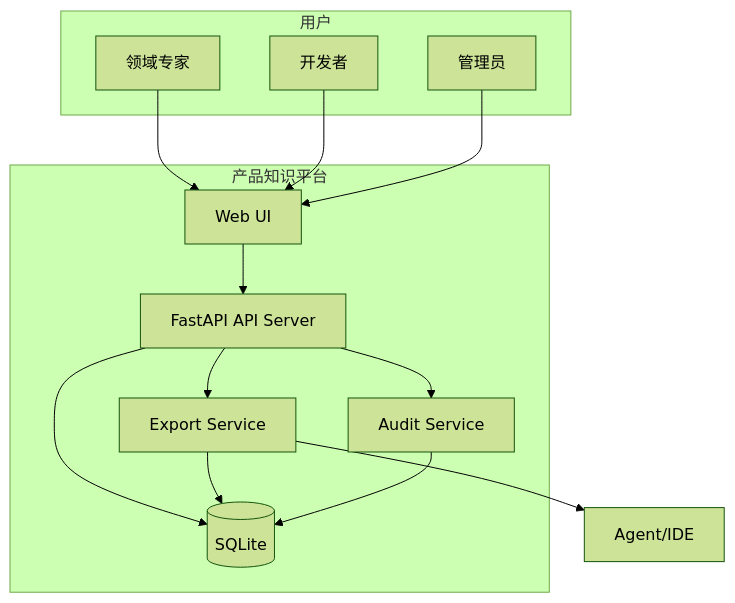
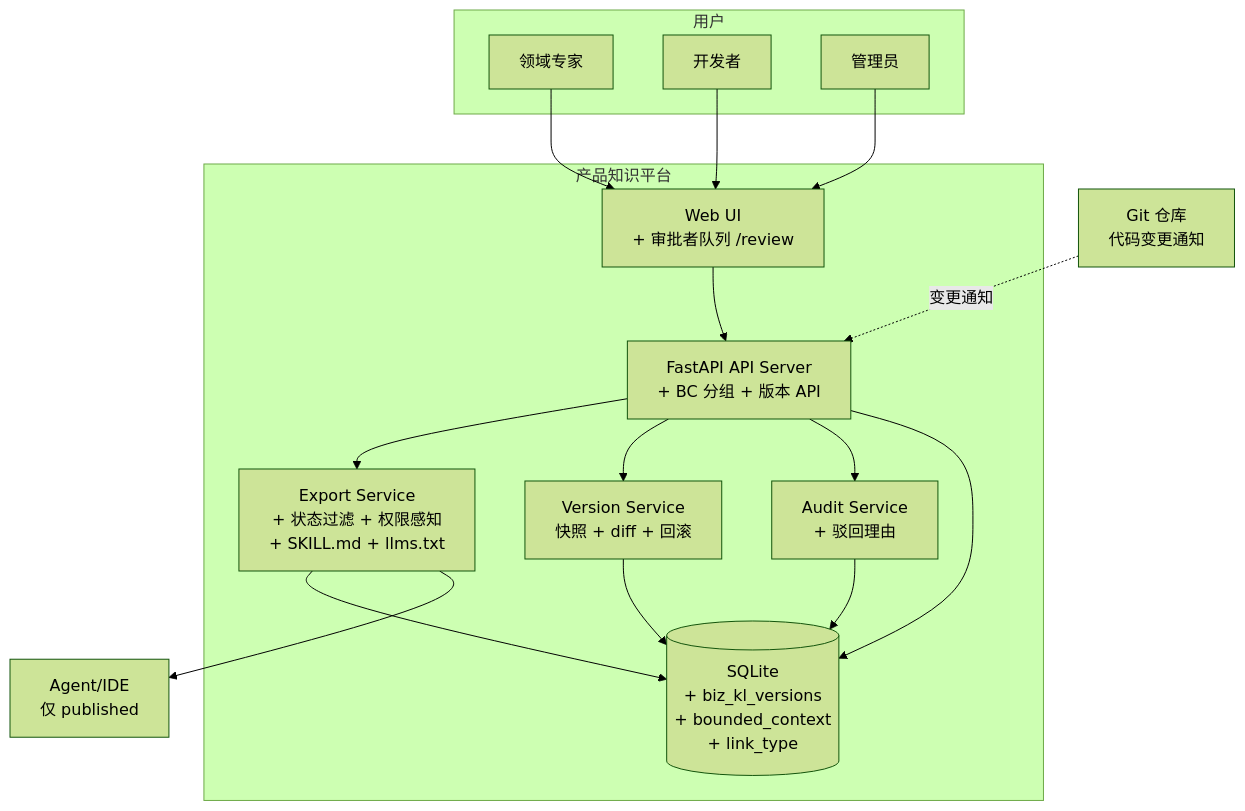
Before and after one commit to ttmens/pm-kl-management: the diagram in architecture/c4-container.md, drawn with Mermaid (forest theme). The commit also changed other lines of this file and 6 other files, not shown here.

````diff
--- a/architecture/c4-container.md
+++ b/architecture/c4-container.md
@@ -15,26 +16,31 @@
 ```mermaid
 flowchart TB
   subgraph users [用户]
     E[领域专家]
     D[开发者]
     A[管理员]
   end
   subgraph platform [产品知识平台]
-    UI[Web UI]
-    API[FastAPI API Server]
-    EXP[Export Service]
-    AUD[Audit Service]
-    DB[(SQLite)]
+    UI[Web UI\n+ 审批者队列 /review]
+    API[FastAPI API Server\n+ BC 分组 + 版本 API]
+    EXP[Export Service\n+ 状态过滤 + 权限感知\n+ SKILL.md + llms.txt]
+    VER[Version Service\n快照 + diff + 回滚]
+    AUD[Audit Service\n+ 驳回理由]
+    DB[(SQLite\n+ biz_kl_versions\n+ bounded_context\n+ link_type)]
   end
-  AG[Agent/IDE]
+  AG[Agent/IDE\n仅 published]
+  GIT[Git 仓库\n代码变更通知]
   E --> UI
   D --> UI
   A --> UI
   UI --> API
   API --> EXP
+  API --> VER
   API --> AUD
   API --> DB
   EXP --> DB
+  VER --> DB
   AUD --> DB
   EXP --> AG
+  GIT -. 变更通知 .-> API
 ```
````
